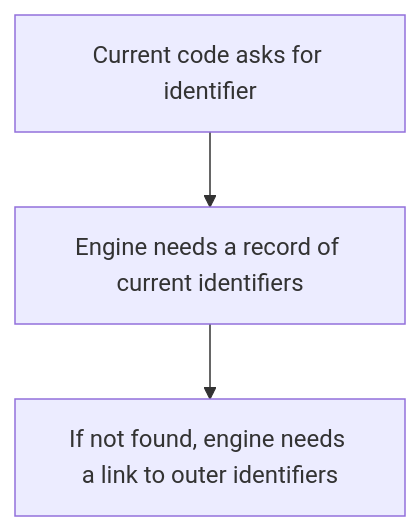
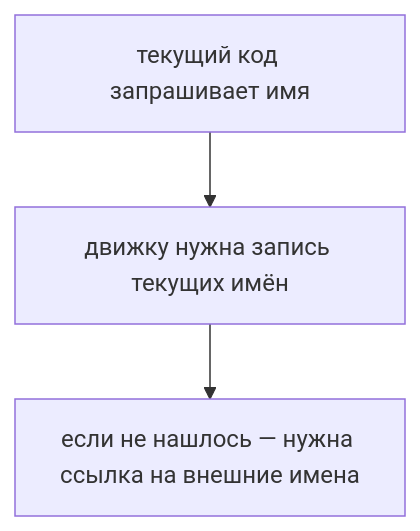
One commit to Bimba333/qa-js-ts-cookbook changed the fifth of 7 diagrams in docs/01-javascript/08-lexical-environment.md. Above: the diagram before and after it, drawn with Mermaid. The commit also changed other lines of this file and 101 other files, not shown here.

````diff
--- a/docs/01-javascript/08-lexical-environment.md
+++ b/docs/01-javascript/08-lexical-environment.md
@@ -199,8 +199,8 @@
 ```mermaid
 flowchart TD
-    N1["Current code asks for identifier"]
-    N2["Engine needs a record of current identifiers"]
-    N3["If not found, engine needs a link to outer identifiers"]
+    N1["текущий код запрашивает имя"]
+    N2["движку нужна запись текущих имён"]
+    N3["если не нашлось — нужна ссылка на внешние имена"]
     N1 --> N2
     N2 --> N3
 ```
````
